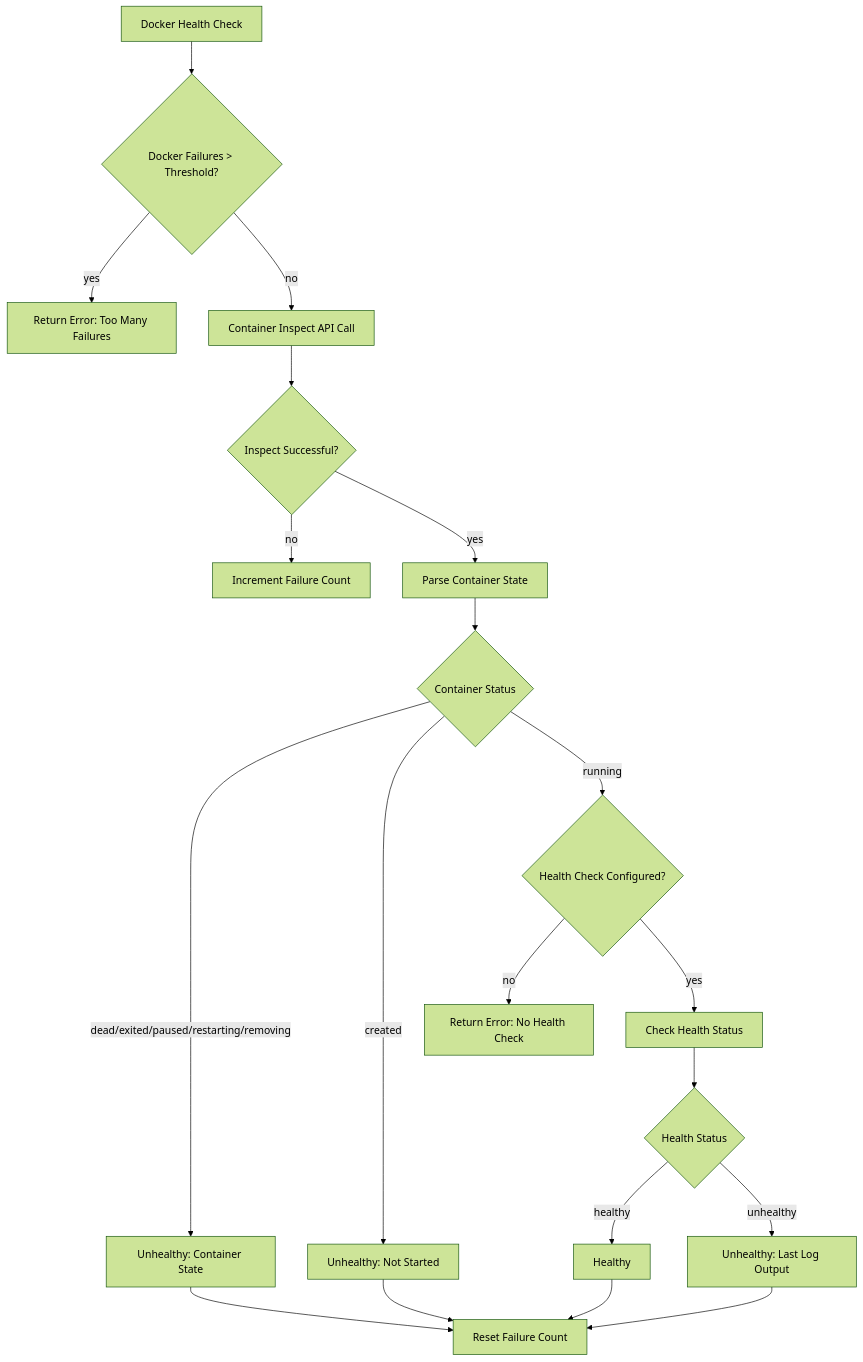
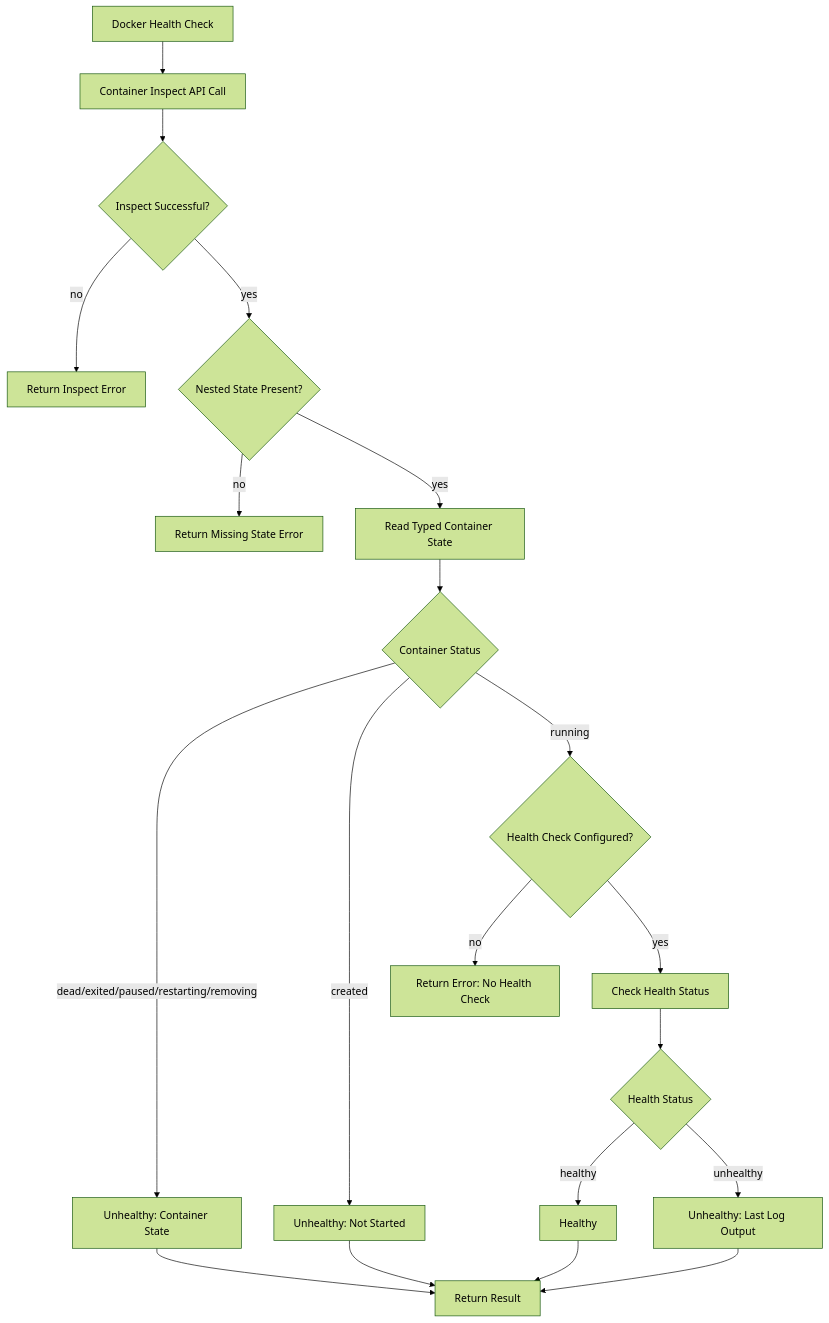
The second of 5 diagrams in content/docs/impl/internal-health-check.mdx (yusing/godoxy-wiki), drawn with Mermaid (forest theme) before and after one commit. The commit also changed other lines of this file and 4 other files, not shown here.

First line of the commit message:
docs(godoxy): clarify Docker health monitoring behavior

````diff
--- a/content/docs/impl/internal-health-check.mdx
+++ b/content/docs/impl/internal-health-check.mdx
@@ -131,25 +141,25 @@
 ```mermaid
 flowchart TD
-    A[Docker Health Check] --> B{Docker Failures > Threshold?}
-    B -->|yes| C[Return Error: Too Many Failures]
-    B -->|no| D[Container Inspect API Call]
-    D --> E{Inspect Successful?}
-    E -->|no| F[Increment Failure Count]
-    E -->|yes| G[Parse Container State]
+    A[Docker Health Check] --> B[Container Inspect API Call]
+    B --> C{Inspect Successful?}
+    C -->|no| D[Return Inspect Error]
+    C -->|yes| E{Nested State Present?}
+    E -->|no| F[Return Missing State Error]
+    E -->|yes| G[Read Typed Container State]
 
     G --> H{Container Status}
     H -->|dead/exited/paused/restarting/removing| I[Unhealthy: Container State]
     H -->|created| J[Unhealthy: Not Started]
     H -->|running| K{Health Check Configured?}
 
     K -->|no| L[Return Error: No Health Check]
     K -->|yes| M[Check Health Status]
     M --> N{Health Status}
     N -->|healthy| O[Healthy]
     N -->|unhealthy| P[Unhealthy: Last Log Output]
 
-    I --> Q[Reset Failure Count]
+    I --> Q[Return Result]
     J --> Q
     O --> Q
     P --> Q
 ```
````
